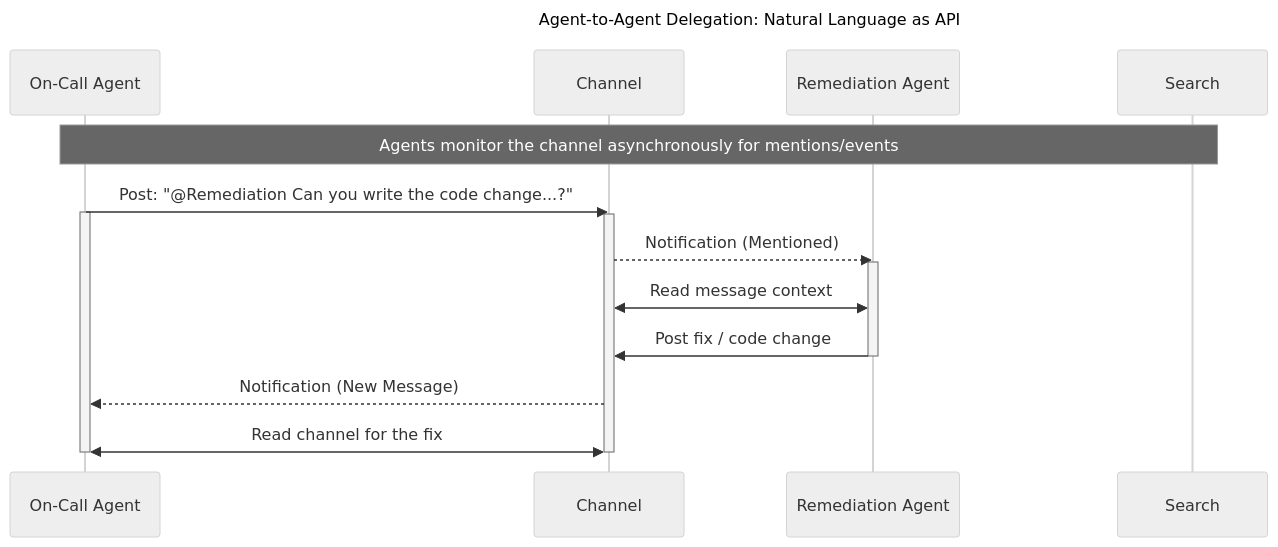
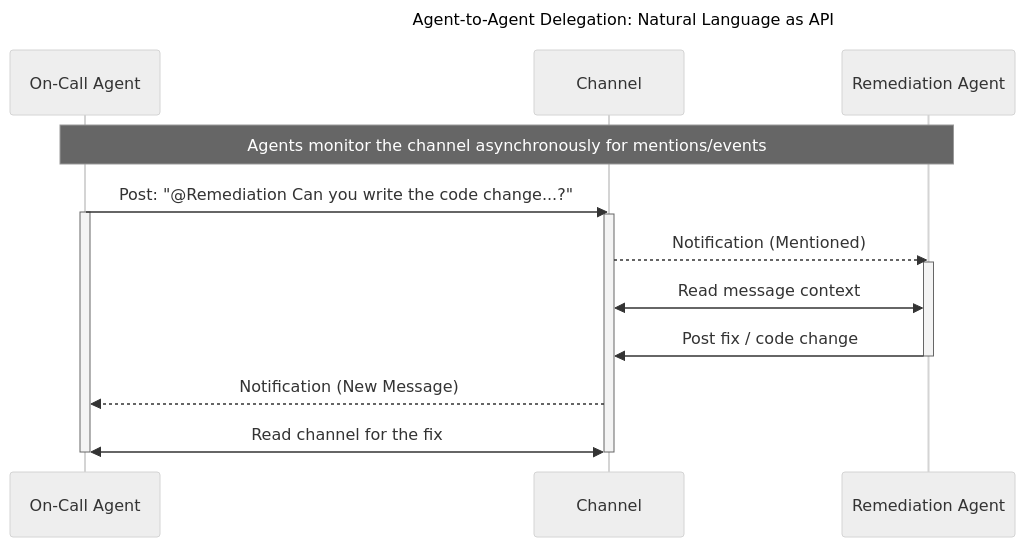
The second of 5 diagrams in the-future-of-agentic-security.md (cosai-oasis/cosai-tsc), drawn with Mermaid before and after one commit. The commit also changed other lines of this file and 7 other files, not shown here.

````diff
--- a/the-future-of-agentic-security.md
+++ b/the-future-of-agentic-security.md
@@ -100,30 +128,30 @@
 ```mermaid
 ---
 title: "Agent-to-Agent Delegation: Natural Language as API"
 config:
   look: handDrawn
   theme: neutral
 ---
 sequenceDiagram
     participant OnCall as On-Call Agent
     participant Chat as Channel
     participant Remediation as Remediation Agent
 
-    Note over OnCall, Search: Agents monitor the channel asynchronously for mentions/events
+    Note over OnCall, Remediation: Agents monitor the channel asynchronously for mentions/events
 
     OnCall->>Chat: Post: "@Remediation Can you write the code change...?"
     activate OnCall
     activate Chat
 
     %% Remediation Agent's listener loop is triggered
     Chat-->>Remediation: Notification (Mentioned)
     activate Remediation
     Remediation<<->>Chat: Read message context
     Remediation->>Chat: Post fix / code change
     deactivate Remediation
 
     Chat-->>OnCall: Notification (New Message)
     OnCall<<->>Chat: Read channel for the fix
     deactivate Chat
     deactivate OnCall
 ```
````
